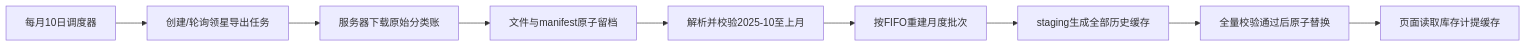
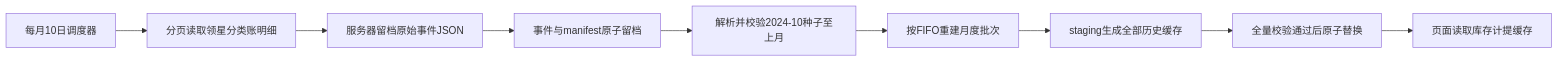
The diagram in docs/superpowers/specs/2026-08-16-inventory-ledger-raw-rebuild-design.md (alexzyuan/tanjiabi-internal), drawn with Mermaid before and after one commit. The commit also changed other lines of this file and 12 other files, not shown here.

````diff
--- a/docs/superpowers/specs/2026-08-16-inventory-ledger-raw-rebuild-design.md
+++ b/docs/superpowers/specs/2026-08-16-inventory-ledger-raw-rebuild-design.md
@@ -73,11 +74,11 @@
 ```mermaid
 flowchart LR
-  A[每月10日调度器] --> B[创建/轮询领星导出任务]
-  B --> C[服务器下载原始分类账]
-  C --> D[文件与manifest原子留档]
-  D --> E[解析并校验2025-10至上月]
+  A[每月10日调度器] --> B[分页读取领星分类账明细]
+  B --> C[服务器留档原始事件JSON]
+  C --> D[事件与manifest原子留档]
+  D --> E[解析并校验2024-10种子至上月]
   E --> F[按FIFO重建月度批次]
   F --> G[staging生成全部历史缓存]
   G --> H[全量校验通过后原子替换]
   H --> I[页面读取库存计提缓存]
 ```
````
